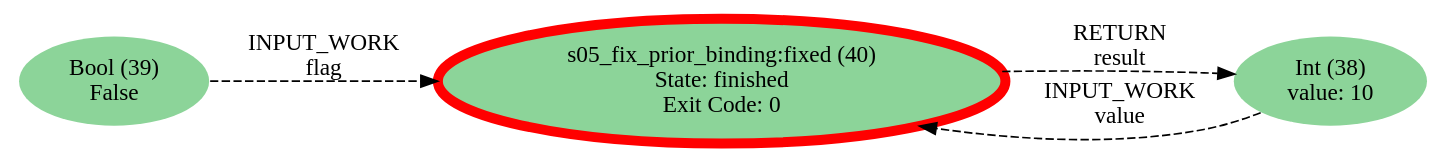
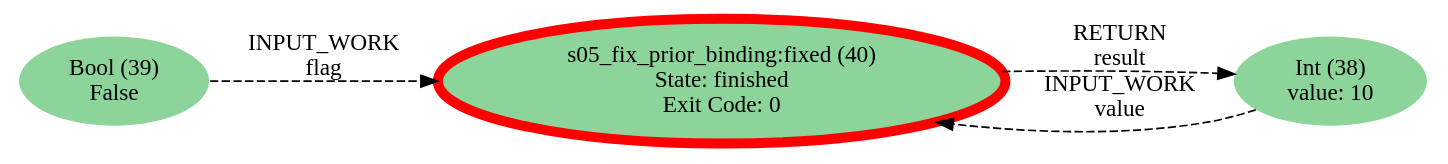
The diagram in scripts/generated/s05_flag_false.dot (GeigerJ2/2026-11-19-v3-graph-language), drawn with Graphviz before and after one commit. The commit also changed other lines of this file and 92 other files, not shown here.

```diff
--- a/scripts/generated/s05_flag_false.dot
+++ b/scripts/generated/s05_flag_false.dot
@@ -1,16 +1,16 @@
 digraph {
 	graph [rankdir=LR]
 	N40 [label="s05_fix_prior_binding:fixed (40)
 State: finished
 Exit Code: 0" color=red fillcolor="#8cd499ff" penwidth=6 shape=ellipse style=filled]
 	N38 [label="Int (38)
 value: 10" fillcolor="#8cd499ff" penwidth=0 shape=ellipse style=filled]
 	N39 [label="Bool (39)
 False" fillcolor="#8cd499ff" penwidth=0 shape=ellipse style=filled]
-	N40 -> N38 [label="RETURN
-result" color="#000000" style=dashed]
 	N38 -> N40 [label="INPUT_WORK
 value" color="#000000" style=dashed]
 	N39 -> N40 [label="INPUT_WORK
 flag" color="#000000" style=dashed]
+	N40 -> N38 [label="RETURN
+result" color="#000000" style=dashed]
 }
```
